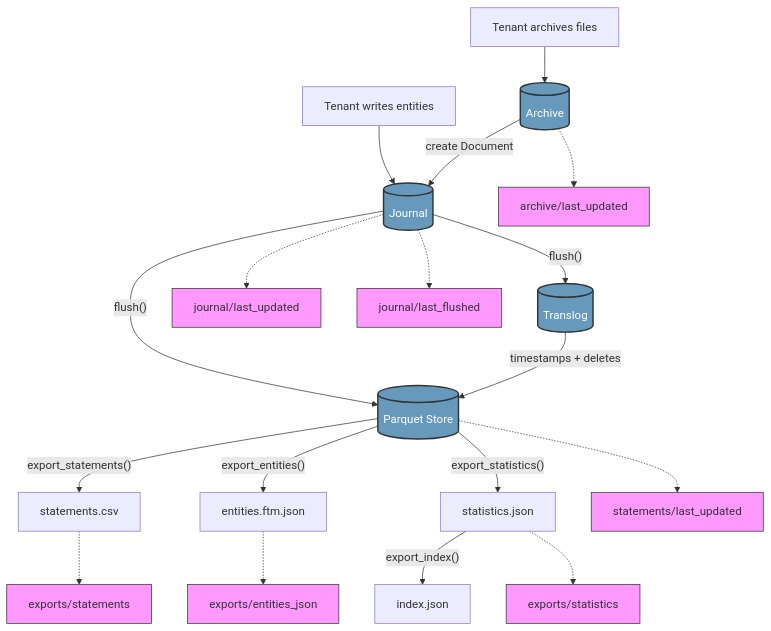
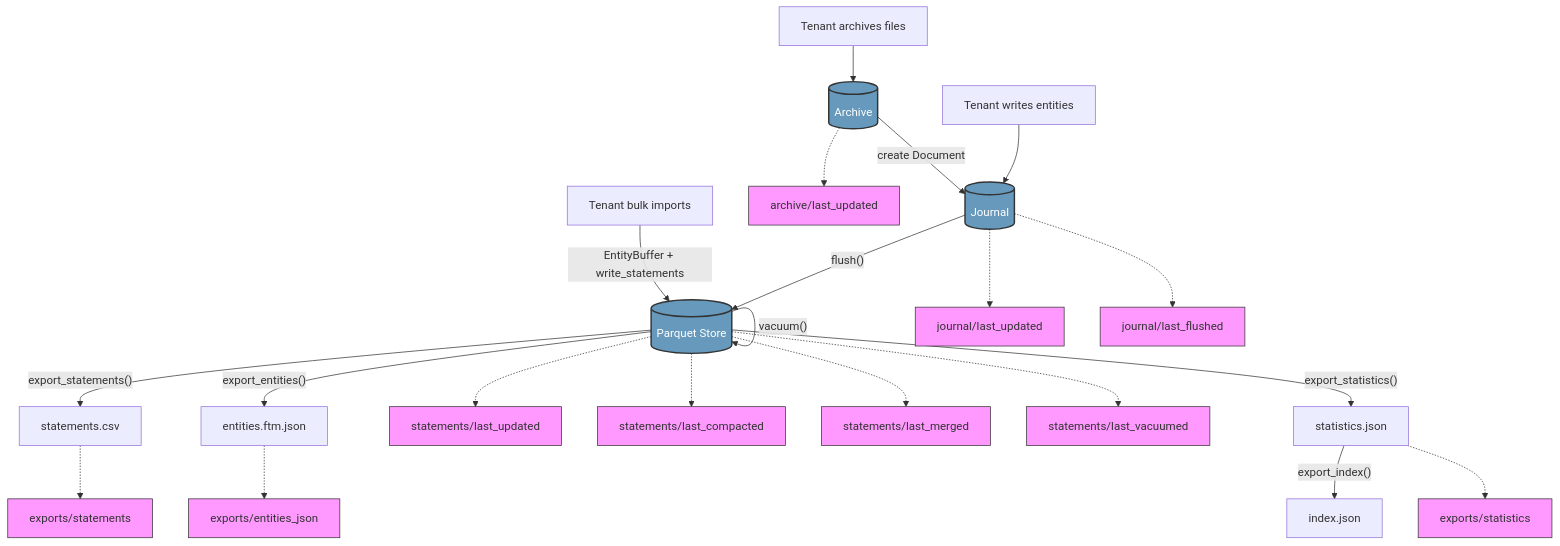
The diagram in docs/functionality.md (openaleph/ftm-lakehouse), drawn with Mermaid before and after one commit. The commit also changed other lines of this file and 37 other files, not shown here.

````diff
--- a/docs/functionality.md
+++ b/docs/functionality.md
@@ -390,27 +264,34 @@
 ```mermaid
 flowchart TD
     A[Tenant writes entities] --> B[(Journal)]
     A2[Tenant archives files] --> AR[(Archive)]
     AR -.-> T0[archive/last_updated]
     AR --> |"create Document"| B
 
     B --> |"flush()"| C[(Parquet Store)]
-    B --> |"flush()"| SC[(Translog)]
-    SC --> |"timestamps + deletes"| C
+    A3[Tenant bulk imports] --> |"EntityBuffer + write_statements"| C
+
+    C --> |"merge()"| C
+    C --> |"compact()"| C
+    C --> |"vacuum()"| C
+
     C --> |"export_statements()"| D[statements.csv]
     C --> |"export_entities()"| E[entities.ftm.json]
     C --> |"export_statistics()"| F[statistics.json]
     F --> |"export_index()"| G[index.json]
 
     B -.-> T1[journal/last_updated]
     B -.-> T1b[journal/last_flushed]
     C -.-> T2[statements/last_updated]
+    C -.-> T2a[statements/last_compacted]
+    C -.-> T2b[statements/last_merged]
+    C -.-> T2c[statements/last_vacuumed]
     D -.-> T3[exports/statements]
     E -.-> T4[exports/entities_json]
     F -.-> T5[exports/statistics]
 
     classDef tag fill:#f9f,stroke:#333,stroke-width:1px
     classDef storage fill:#69b,stroke:#333,stroke-width:2px,color:#fff
-    class T0,T1,T1b,T2,T3,T4,T5 tag
-    class B,C,SC,AR storage
+    class T0,T1,T1b,T2,T2a,T2b,T2c,T3,T4,T5 tag
+    class B,C,AR storage
 ```
````
